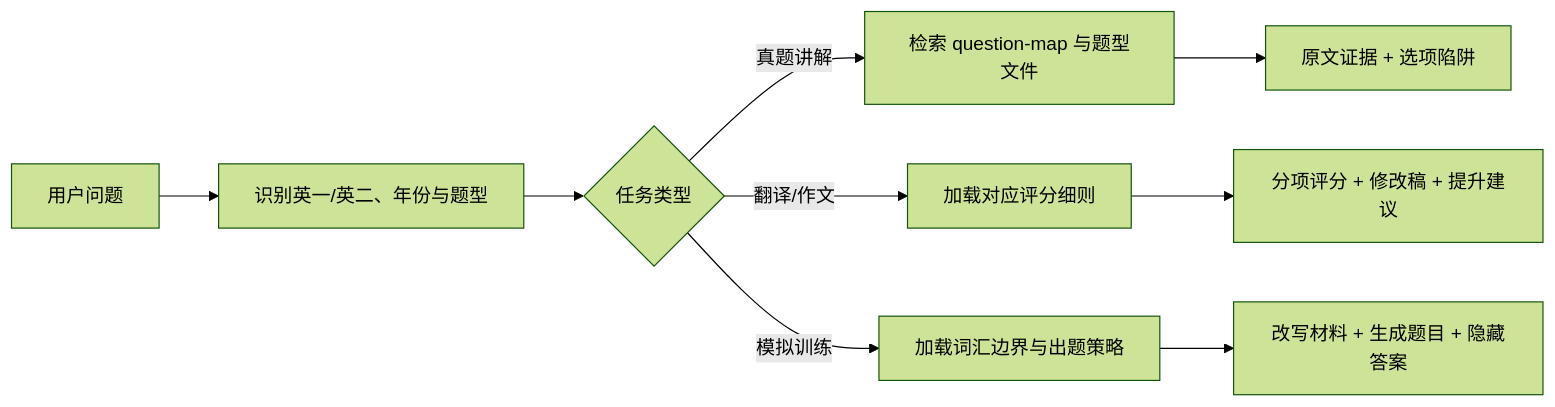
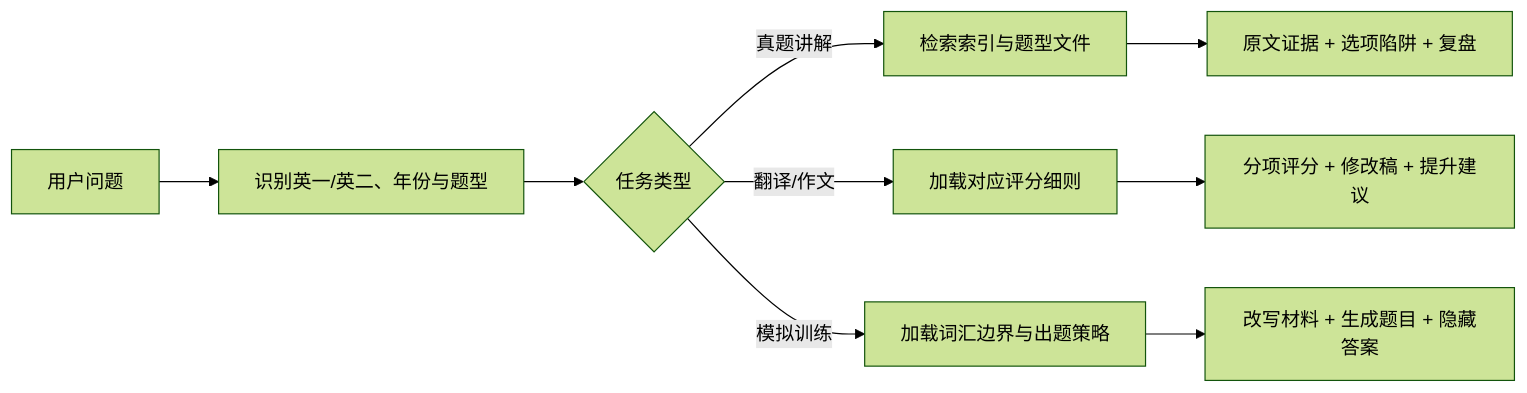
One commit to nghjjnjnf/echo-kaoyan-english-skill changed the diagram in README.md. Above: the diagram before and after it, drawn with Mermaid (forest theme). The commit also changed other lines of this file, not shown here.

````diff
--- a/README.md
+++ b/README.md
@@ -140,11 +178,11 @@
 ```mermaid
 flowchart LR
     A["用户问题"] --> B["识别英一/英二、年份与题型"]
     B --> C{"任务类型"}
-    C -->|真题讲解| D["检索 question-map 与题型文件"]
+    C -->|真题讲解| D["检索索引与题型文件"]
     C -->|翻译/作文| E["加载对应评分细则"]
     C -->|模拟训练| F["加载词汇边界与出题策略"]
-    D --> G["原文证据 + 选项陷阱"]
+    D --> G["原文证据 + 选项陷阱 + 复盘"]
     E --> H["分项评分 + 修改稿 + 提升建议"]
     F --> I["改写材料 + 生成题目 + 隐藏答案"]
 ```
````
